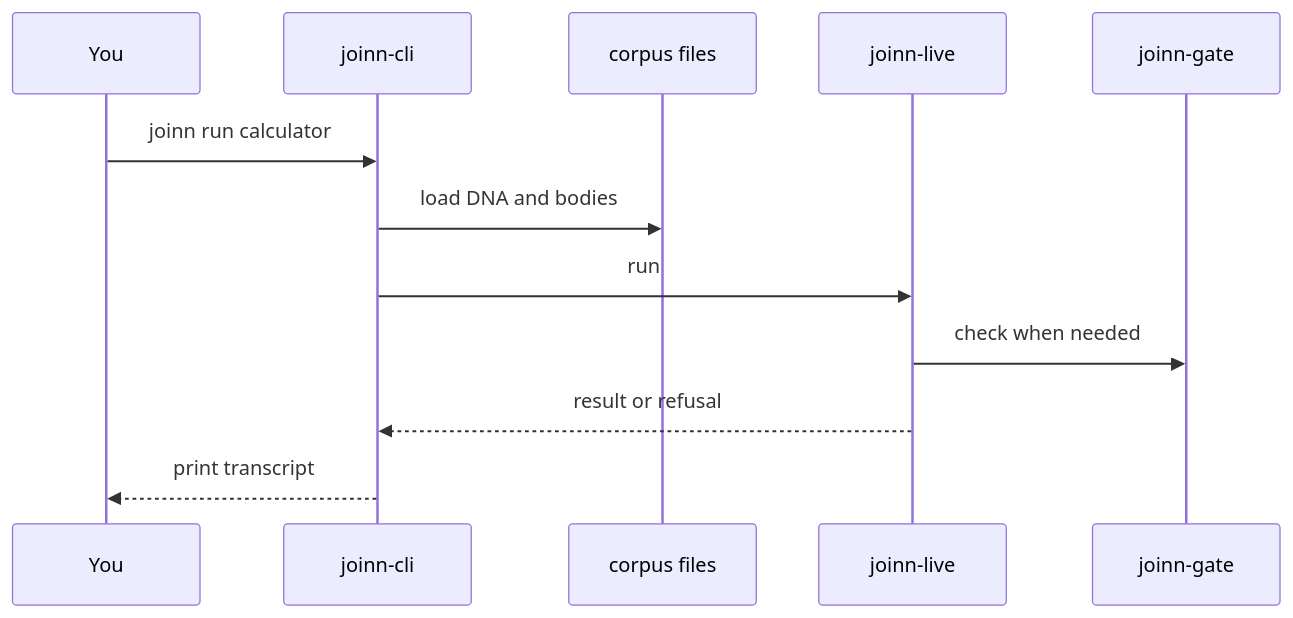
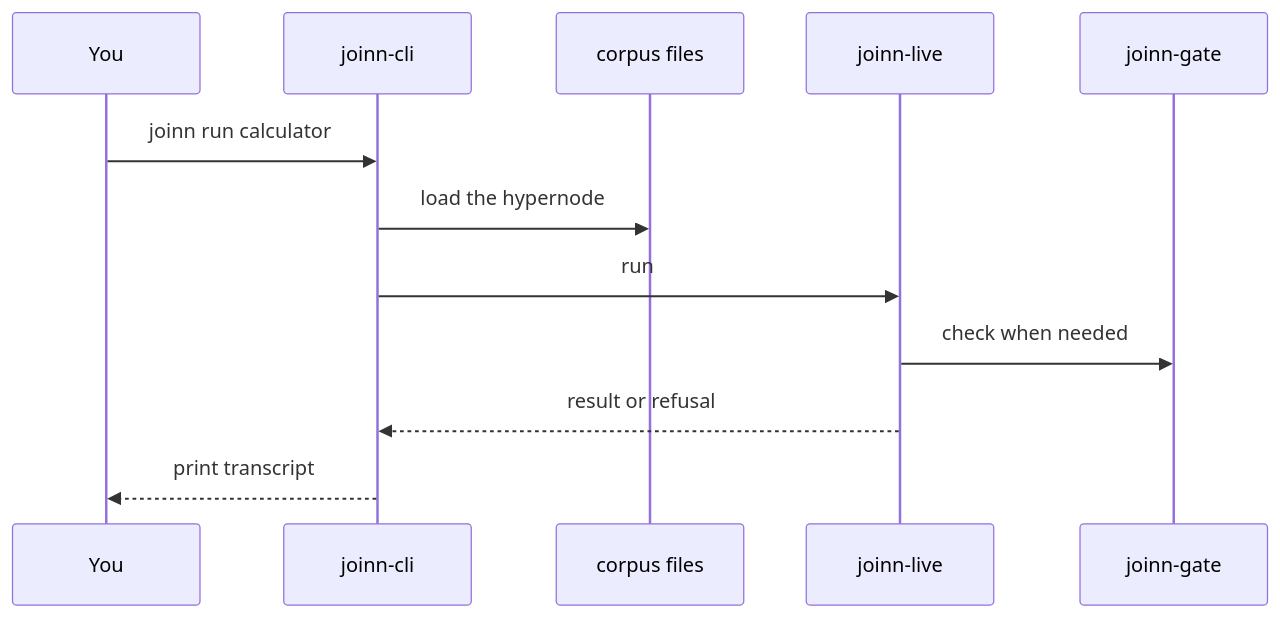
One commit to joneseysinno/JoInn changed the fourth of 6 diagrams in docs/Guides/02-how-parts-connect.md. Above: the diagram before and after it, drawn with Mermaid. The commit also changed other lines of this file and 12 other files, not shown here.

First line of the commit message:
PA: product language is hypernode, relationship, wave and app; DNA is storage

````diff
--- a/docs/Guides/02-how-parts-connect.md
+++ b/docs/Guides/02-how-parts-connect.md
@@ -90,14 +151,14 @@
 ```mermaid
 sequenceDiagram
   participant You
   participant CLI as joinn-cli
   participant Corpus as corpus files
   participant Live as joinn-live
   participant Gate as joinn-gate
   You->>CLI: joinn run calculator
-  CLI->>Corpus: load DNA and bodies
+  CLI->>Corpus: load the hypernode
   CLI->>Live: run
   Live->>Gate: check when needed
   Live-->>CLI: result or refusal
   CLI-->>You: print transcript
 ```
````
